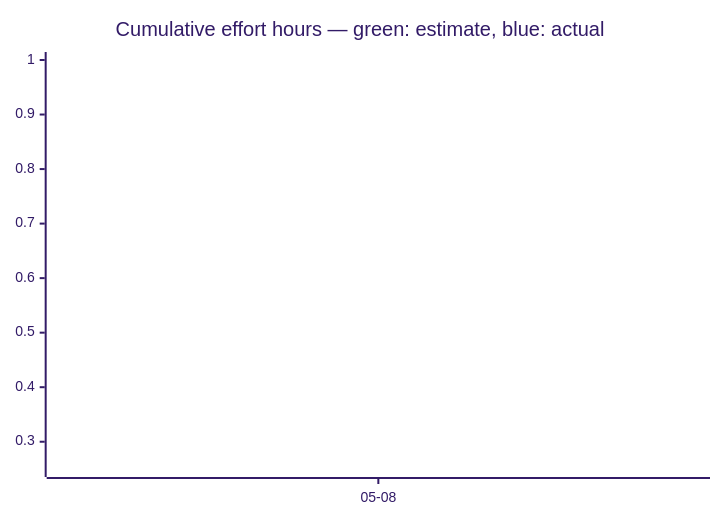
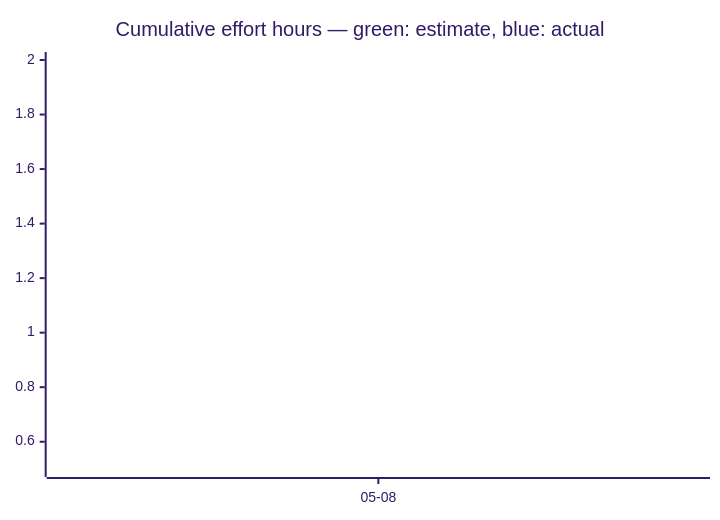
The third of 3 diagrams in docs/developers/tasks/OVERVIEW.md (tgd1975/AwesomeGuitarPedal), drawn with Mermaid (forest theme) before and after one commit. The commit also changed other lines of this file and 438 other files, not shown here.

````diff
--- a/docs/developers/tasks/OVERVIEW.md
+++ b/docs/developers/tasks/OVERVIEW.md
@@ -38,7 +40,7 @@
 ```mermaid
 xychart-beta
     title "Cumulative effort hours — green: estimate, blue: actual"
     x-axis ["05-08"]
-    line [1]
-    line [0.25]
+    line [2]
+    line [0.5]
 ```
````
